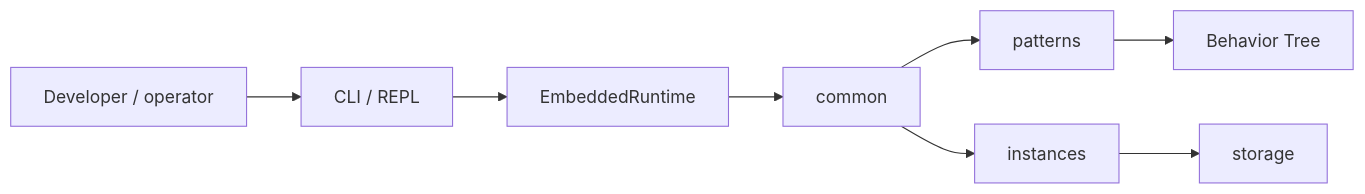
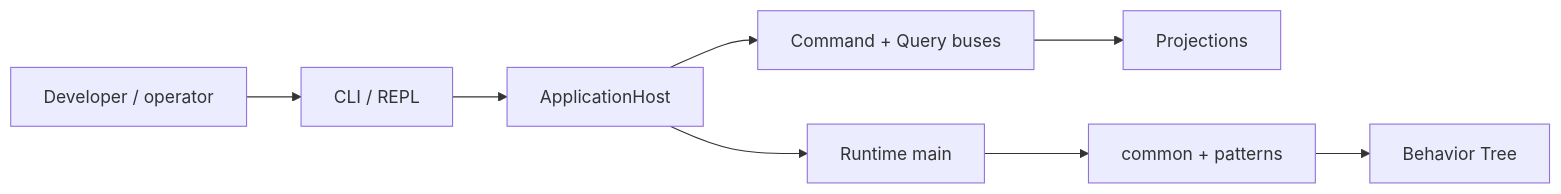
The first of 2 diagrams in README.md (JGabrielGruber/palmengine), drawn with Mermaid before and after one commit. The commit also changed other lines of this file and 9 other files, not shown here.

````diff
--- a/README.md
+++ b/README.md
@@ -67,10 +67,10 @@
 ```mermaid
 flowchart LR
     User[Developer / operator] --> CLI[CLI / REPL]
-    CLI --> ER[EmbeddedRuntime]
-    ER --> CM[common]
-    CM --> PAT[patterns]
-    CM --> INST[instances]
-    PAT --> BT[Behavior Tree]
-    INST --> STO[storage]
+    CLI --> Host[ApplicationHost]
+    Host --> CQRS[Command + Query buses]
+    Host --> RT[Runtime main]
+    CQRS --> Proj[Projections]
+    RT --> CM[common + patterns]
+    CM --> BT[Behavior Tree]
 ```
````
